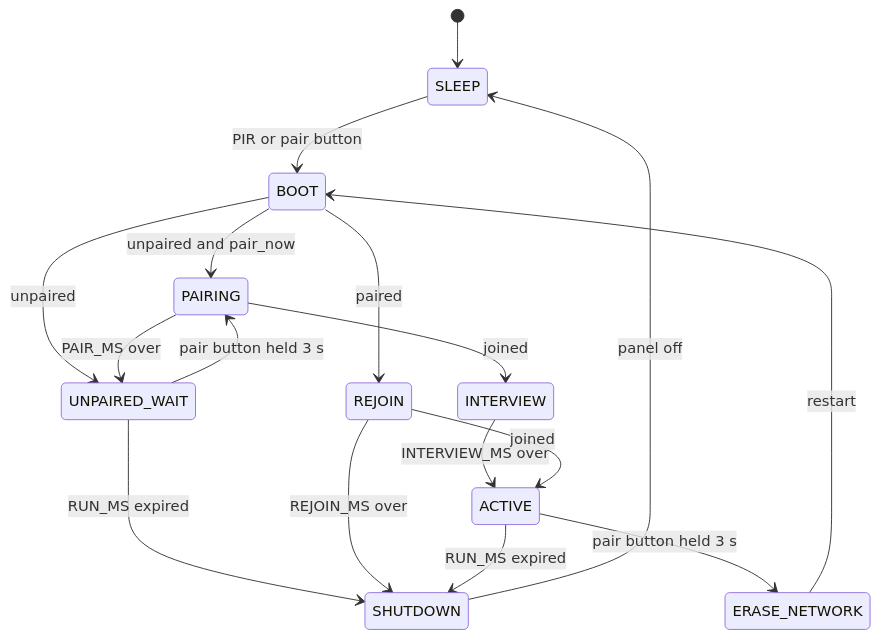
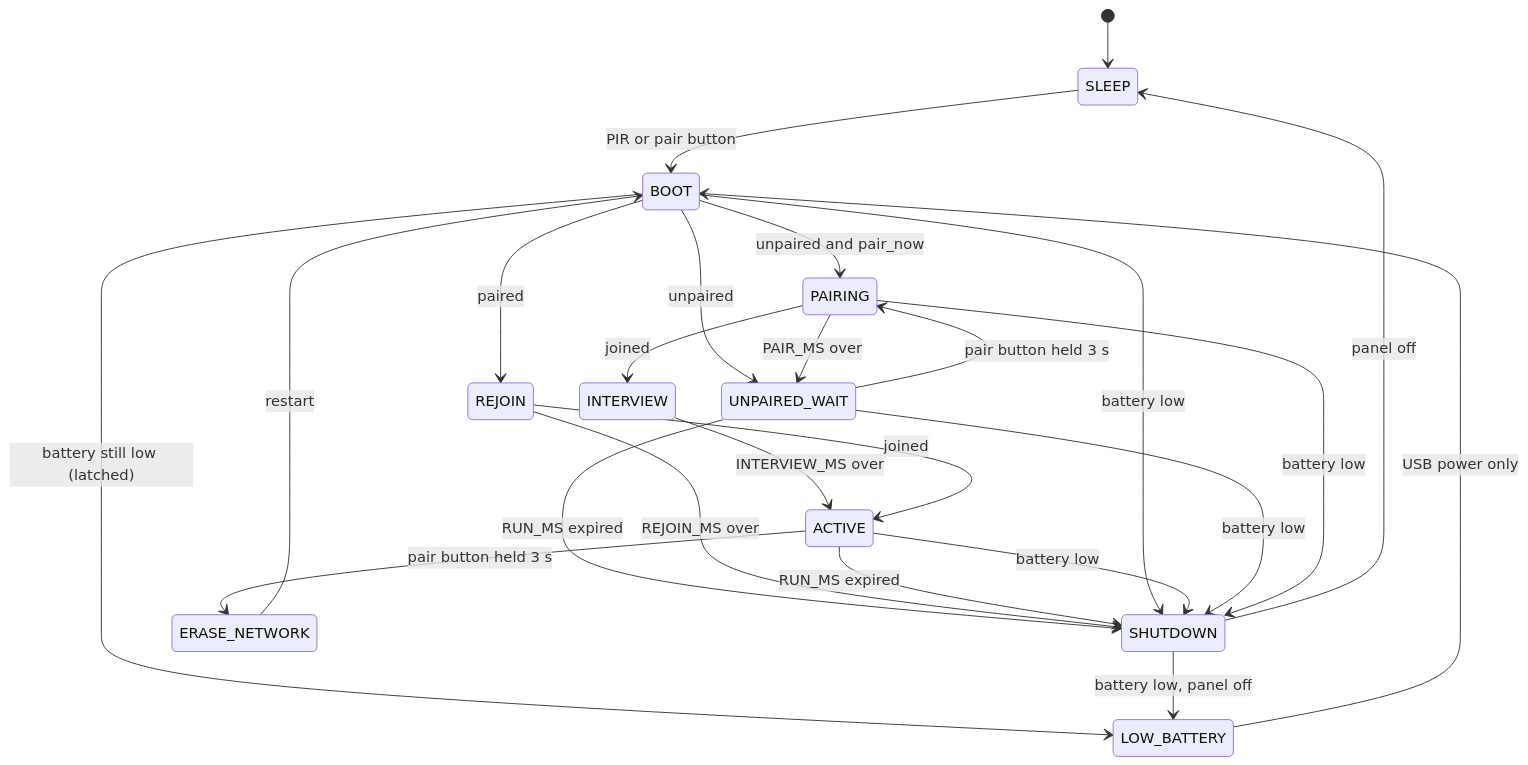
Before and after one commit to vgabor99/greenlight: the diagram in DESIGN.md, drawn with Mermaid. The commit also changed other lines of this file and 9 other files, not shown here.

First line of the commit message:
Shut down on a low battery and wake only on USB power

````diff
--- a/DESIGN.md
+++ b/DESIGN.md
@@ -85,19 +85,26 @@
 ```mermaid
 stateDiagram-v2
     [*] --> SLEEP
     SLEEP --> BOOT: PIR or pair button
     BOOT --> REJOIN: paired
     BOOT --> PAIRING: unpaired and pair_now
     BOOT --> UNPAIRED_WAIT: unpaired
     UNPAIRED_WAIT --> PAIRING: pair button held 3 s
     UNPAIRED_WAIT --> SHUTDOWN: RUN_MS expired
     PAIRING --> INTERVIEW: joined
     PAIRING --> UNPAIRED_WAIT: PAIR_MS over
     INTERVIEW --> ACTIVE: INTERVIEW_MS over
     REJOIN --> ACTIVE: joined
     REJOIN --> SHUTDOWN: REJOIN_MS over
     ACTIVE --> SHUTDOWN: RUN_MS expired
     ACTIVE --> ERASE_NETWORK: pair button held 3 s
     ERASE_NETWORK --> BOOT: restart
     SHUTDOWN --> SLEEP: panel off
+    BOOT --> LOW_BATTERY: battery still low (latched)
+    BOOT --> SHUTDOWN: battery low
+    ACTIVE --> SHUTDOWN: battery low
+    UNPAIRED_WAIT --> SHUTDOWN: battery low
+    PAIRING --> SHUTDOWN: battery low
+    SHUTDOWN --> LOW_BATTERY: battery low, panel off
+    LOW_BATTERY --> BOOT: USB power only
 ```
````
